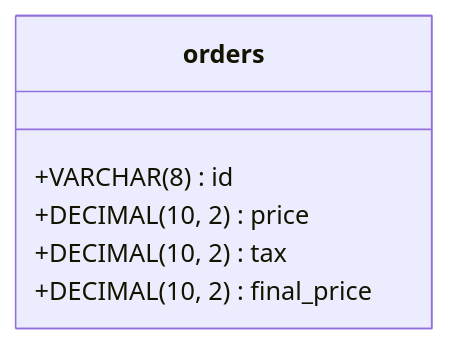
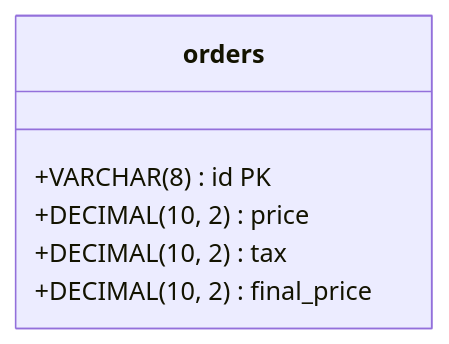
Before and after one commit to kenesparta/fullcycle-clean-architecture: the diagram in README.md, drawn with Mermaid.

Commit message:
Update mermaid code new PK

````diff
--- a/README.md
+++ b/README.md
@@ -20,10 +20,9 @@
 ```mermaid
 classDiagram
    class orders {
-      +VARCHAR(8) id
+      +VARCHAR(8) id PK
       +DECIMAL(10, 2) price
       +DECIMAL(10, 2) tax
       +DECIMAL(10, 2) final_price
    }
-
 ```
````
